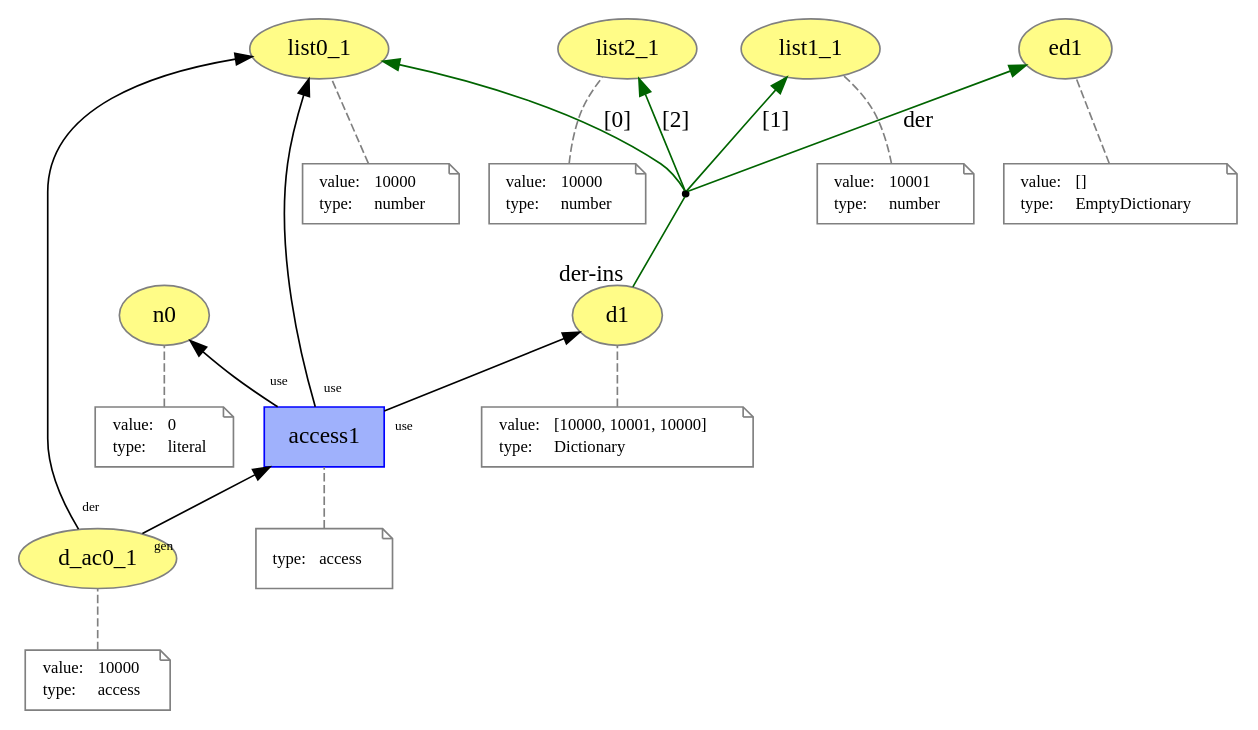
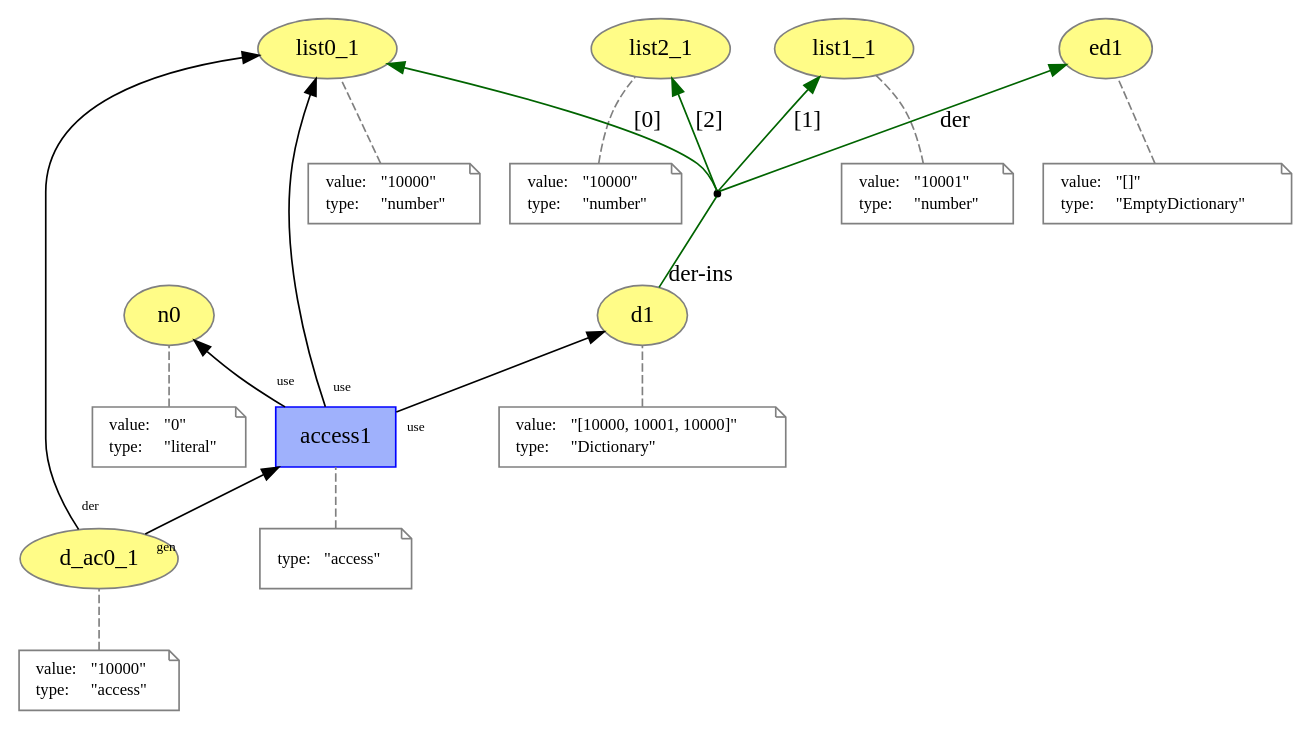
The diagram in prov_dictionary/access.dot (dew-uff/versioned-prov), drawn with Graphviz before and after one commit. The commit also changed 93 other files, not shown here.

```diff
--- a/prov_dictionary/access.dot
+++ b/prov_dictionary/access.dot
@@ -1,105 +1,105 @@
 digraph "PROV" { size="16,12"; rankdir="BT";
 "http://example.org/list0_1" [fillcolor="#FFFC87",color="#808080",style="filled",label="list0_1",URL="http://example.org/list0_1"]
 "-attrs0" [color="gray",shape="note",fontsize="10",fontcolor="black",label=<<TABLE cellpadding="0" border="0">
 	<TR>
 	    <TD align="left">value:</TD>
-	    <TD align="left">10000</TD>
+	    <TD align="left">&quot;10000&quot;</TD>
 	</TR>
 	<TR>
 	    <TD align="left">type:</TD>
-	    <TD align="left">number</TD>
+	    <TD align="left">&quot;number&quot;</TD>
 	</TR>
 </TABLE>>]
 "-attrs0" -> "http://example.org/list0_1" [color="gray",style="dashed",arrowhead="none"]
 "http://example.org/list1_1" [fillcolor="#FFFC87",color="#808080",style="filled",label="list1_1",URL="http://example.org/list1_1"]
 "-attrs1" [color="gray",shape="note",fontsize="10",fontcolor="black",label=<<TABLE cellpadding="0" border="0">
 	<TR>
 	    <TD align="left">value:</TD>
-	    <TD align="left">10001</TD>
+	    <TD align="left">&quot;10001&quot;</TD>
 	</TR>
 	<TR>
 	    <TD align="left">type:</TD>
-	    <TD align="left">number</TD>
+	    <TD align="left">&quot;number&quot;</TD>
 	</TR>
 </TABLE>>]
 "-attrs1" -> "http://example.org/list1_1" [color="gray",style="dashed",arrowhead="none"]
 "http://example.org/list2_1" [fillcolor="#FFFC87",color="#808080",style="filled",label="list2_1",URL="http://example.org/list2_1"]
 "-attrs2" [color="gray",shape="note",fontsize="10",fontcolor="black",label=<<TABLE cellpadding="0" border="0">
 	<TR>
 	    <TD align="left">value:</TD>
-	    <TD align="left">10000</TD>
+	    <TD align="left">&quot;10000&quot;</TD>
 	</TR>
 	<TR>
 	    <TD align="left">type:</TD>
-	    <TD align="left">number</TD>
+	    <TD align="left">&quot;number&quot;</TD>
 	</TR>
 </TABLE>>]
 "-attrs2" -> "http://example.org/list2_1" [color="gray",style="dashed",arrowhead="none"]
 "http://example.org/ed1" [fillcolor="#FFFC87",color="#808080",style="filled",label="ed1",URL="http://example.org/ed1"]
 "-attrs3" [color="gray",shape="note",fontsize="10",fontcolor="black",label=<<TABLE cellpadding="0" border="0">
 	<TR>
 	    <TD align="left">value:</TD>
-	    <TD align="left">[]</TD>
+	    <TD align="left">&quot;[]&quot;</TD>
 	</TR>
 	<TR>
 	    <TD align="left">type:</TD>
-	    <TD align="left">EmptyDictionary</TD>
+	    <TD align="left">&quot;EmptyDictionary&quot;</TD>
 	</TR>
 </TABLE>>]
 "-attrs3" -> "http://example.org/ed1" [color="gray",style="dashed",arrowhead="none"]
 "http://example.org/d1" [fillcolor="#FFFC87",color="#808080",style="filled",label="d1",URL="http://example.org/d1"]
 "-attrs4" [color="gray",shape="note",fontsize="10",fontcolor="black",label=<<TABLE cellpadding="0" border="0">
 	<TR>
 	    <TD align="left">value:</TD>
-	    <TD align="left">[10000, 10001, 10000]</TD>
+	    <TD align="left">&quot;[10000, 10001, 10000]&quot;</TD>
 	</TR>
 	<TR>
 	    <TD align="left">type:</TD>
-	    <TD align="left">Dictionary</TD>
+	    <TD align="left">&quot;Dictionary&quot;</TD>
 	</TR>
 </TABLE>>]
 "-attrs4" -> "http://example.org/d1" [color="gray",style="dashed",arrowhead="none"]
 "bn0" [shape="point",label=""]
 "http://example.org/d1" -> "bn0" [arrowhead="none",taillabel="der-ins",color="darkgreen"]
 "bn0" -> "http://example.org/ed1" [labelfontsize="8",labeldistance="1.5",color="darkgreen",labelangle="60.0",rotation="20",label="der"]
 "bn0" -> "http://example.org/list0_1" [labelfontsize="8",labeldistance="1.5",color="darkgreen",labelangle="60.0",rotation="20",label="[0]"]
 "bn0" -> "http://example.org/list1_1" [labelfontsize="8",labeldistance="1.5",color="darkgreen",labelangle="60.0",rotation="20",label="[1]"]
 "bn0" -> "http://example.org/list2_1" [labelfontsize="8",labeldistance="1.5",color="darkgreen",labelangle="60.0",rotation="20",label="[2]"]
 "http://example.org/n0" [fillcolor="#FFFC87",color="#808080",style="filled",label="n0",URL="http://example.org/n0"]
 "-attrs5" [color="gray",shape="note",fontsize="10",fontcolor="black",label=<<TABLE cellpadding="0" border="0">
 	<TR>
 	    <TD align="left">value:</TD>
-	    <TD align="left">0</TD>
+	    <TD align="left">&quot;0&quot;</TD>
 	</TR>
 	<TR>
 	    <TD align="left">type:</TD>
-	    <TD align="left">literal</TD>
+	    <TD align="left">&quot;literal&quot;</TD>
 	</TR>
 </TABLE>>]
 "-attrs5" -> "http://example.org/n0" [color="gray",style="dashed",arrowhead="none"]
 "http://example.org/d_ac0_1" [fillcolor="#FFFC87",color="#808080",style="filled",label="d_ac0_1",URL="http://example.org/d_ac0_1"]
 "-attrs6" [color="gray",shape="note",fontsize="10",fontcolor="black",label=<<TABLE cellpadding="0" border="0">
 	<TR>
 	    <TD align="left">value:</TD>
-	    <TD align="left">10000</TD>
+	    <TD align="left">&quot;10000&quot;</TD>
 	</TR>
 	<TR>
 	    <TD align="left">type:</TD>
-	    <TD align="left">access</TD>
+	    <TD align="left">&quot;access&quot;</TD>
 	</TR>
 </TABLE>>]
 "-attrs6" -> "http://example.org/d_ac0_1" [color="gray",style="dashed",arrowhead="none"]
 "http://example.org/access1" [fillcolor="#9FB1FC",color="#0000FF",shape="polygon",sides="4",style="filled",label="access1",URL="http://example.org/access1"]
 "-attrs7" [color="gray",shape="note",fontsize="10",fontcolor="black",label=<<TABLE cellpadding="0" border="0">
 	<TR>
 	    <TD align="left">type:</TD>
-	    <TD align="left">access</TD>
+	    <TD align="left">&quot;access&quot;</TD>
 	</TR>
 </TABLE>>]
 "-attrs7" -> "http://example.org/access1" [color="gray",style="dashed",arrowhead="none"]
 "http://example.org/access1" -> "http://example.org/d1" [labelfontsize="8",labeldistance="1.5",labelangle="60.0",rotation="20",taillabel="use"]
 "http://example.org/access1" -> "http://example.org/n0" [labelfontsize="8",labeldistance="1.5",labelangle="60.0",rotation="20",taillabel="use"]
 "http://example.org/access1" -> "http://example.org/list0_1" [labelfontsize="8",labeldistance="1.5",labelangle="60.0",rotation="20",taillabel="use"]
 "http://example.org/d_ac0_1" -> "http://example.org/access1" [labelfontsize="8",labeldistance="1.5",labelangle="60.0",rotation="20",taillabel="gen"]
 "http://example.org/d_ac0_1" -> "http://example.org/list0_1" [labelfontsize="8",labeldistance="1.5",labelangle="60.0",rotation="20",taillabel="der"]
 }
```
